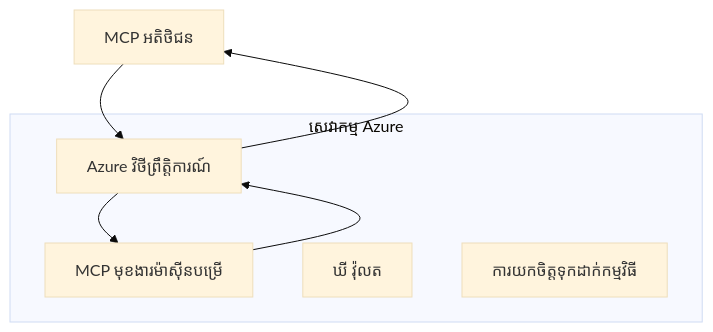
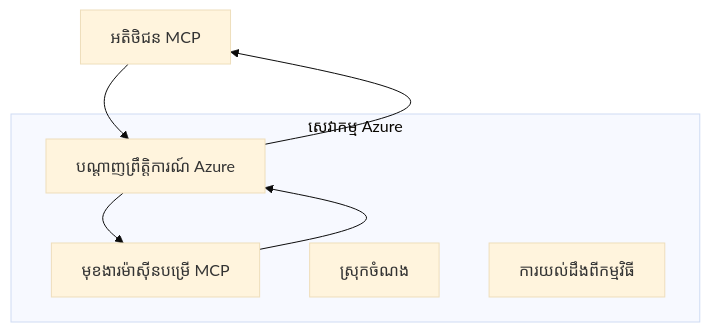
Before and after one commit to HIDORAKAI002/ai-workspace-archive: the first of 2 diagrams in mcp_ecosystem__model_context_protocol/mcp_learning_resources/mcp-for-beginners/translations/km/05-AdvancedTopics/mcp-transport/README.md, drawn with Mermaid (base theme). The commit also changed other lines of this file and 1046 other files, not shown here.

````diff
--- a/mcp_ecosystem__model_context_protocol/mcp_learning_resources/mcp-for-beginners/translations/km/05-AdvancedTopics/mcp-transport/README.md
+++ b/mcp_ecosystem__model_context_protocol/mcp_learning_resources/mcp-for-beginners/translations/km/05-AdvancedTopics/mcp-transport/README.md
@@ -58,14 +60,14 @@
 ```mermaid
 graph TB
-    Client[MCP អតិថិជន] --> EG[Azure វិថីព្រឹត្តិការណ៍]
-    EG --> Server[MCP មុខងារ​ម៉ាស៊ីន​បម្រើ]
+    Client[អតិថិជន MCP] --> EG[បណ្ដាញព្រឹត្តិការណ៍ Azure]
+    EG --> Server[មុខងារ​ម៉ាស៊ីន​បម្រើ MCP]
     Server --> EG
     EG --> Client
     
     subgraph "សេវាកម្ម Azure"
         EG
         Server
-        KV[ឃី វ៉ុលត]
-        Monitor[ការយកចិត្តទុកដាក់កម្មវិធី]
+        KV[ស្រុកចំណង]
+        Monitor[ការយល់ដឹងពីកម្មវិធី]
     end
 ```
````
